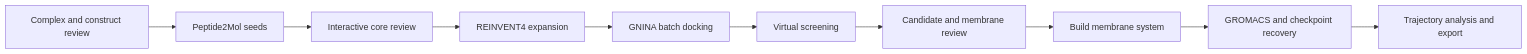
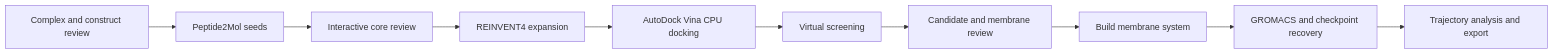
One commit to lzylumos-sudo/yuanhe-bio-workflow changed the diagram in README.md. Above: the diagram before and after it, drawn with Mermaid. The commit also changed other lines of this file and 95 other files, not shown here.

Commit message:
Migrate production docking to Vina and single 500 ns HF-RESP MD [skip ci]

````diff
--- a/README.md
+++ b/README.md
@@ -40,12 +57,12 @@
 ```mermaid
 flowchart LR
  A[Complex and construct review] --> B[Peptide2Mol seeds]
  B --> C[Interactive core review]
  C --> D[REINVENT4 expansion]
- D --> E[GNINA batch docking]
+ D --> E[AutoDock Vina CPU docking]
  E --> F[Virtual screening]
  F --> G[Candidate and membrane review]
  G --> H[Build membrane system]
  H --> I[GROMACS and checkpoint recovery]
  I --> J[Trajectory analysis and export]
 ```
````
